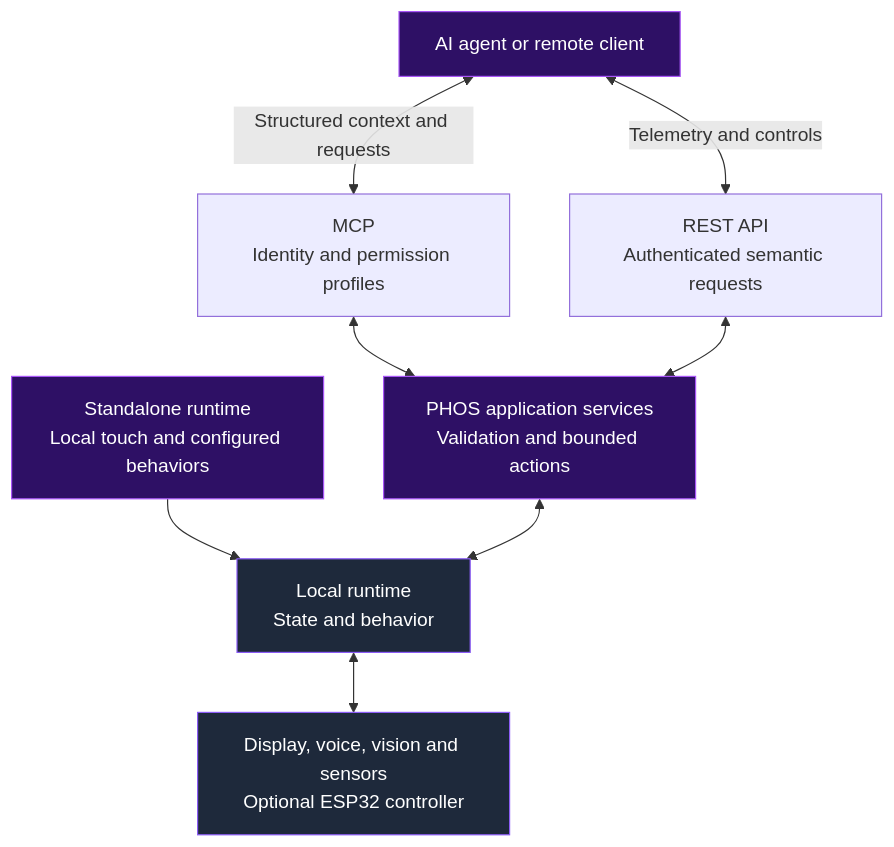
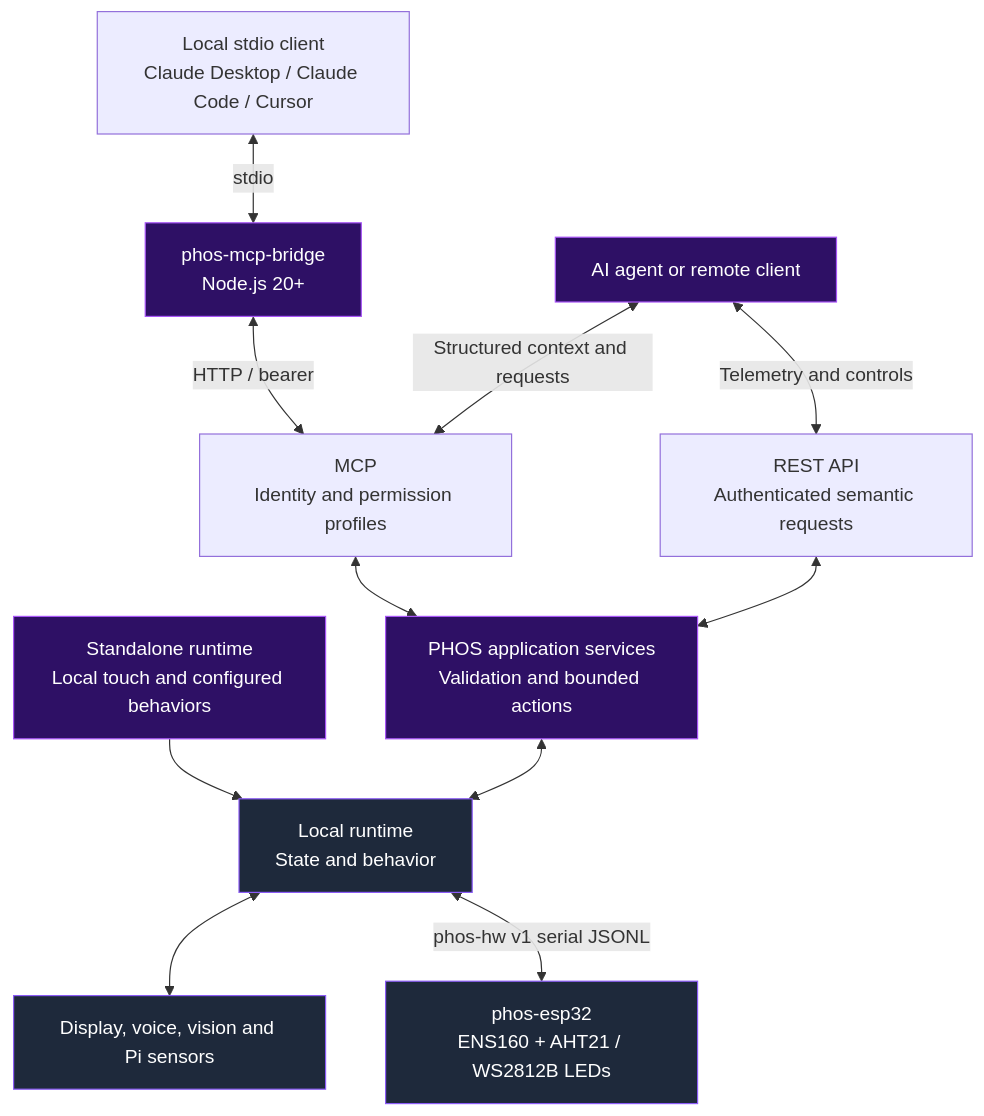
One commit to phosairobot/phos changed the diagram in docs/index.md. Above: the diagram before and after it, drawn with Mermaid. The commit also changed other lines of this file and 5 other files, not shown here.

Commit message:
docs: integrate phos-mcp-bridge and phos-esp32 into ecosystem architecture and docs

````diff
--- a/docs/index.md
+++ b/docs/index.md
@@ -32,22 +32,30 @@
 ```mermaid
 flowchart TD
     standalone["Standalone runtime<br/>Local touch and configured behaviors"]
     agent["AI agent or remote client"]
+    local["Local stdio client<br/>Claude Desktop / Claude Code / Cursor"]
+    bridge["phos-mcp-bridge<br/>Node.js 20+"]
     mcp["MCP<br/>Identity and permission profiles"]
     rest["REST API<br/>Authenticated semantic requests"]
     services["PHOS application services<br/>Validation and bounded actions"]
     runtime["Local runtime<br/>State and behavior"]
-    hardware["Display, voice, vision and sensors<br/>Optional ESP32 controller"]
+    hardware["Display, voice, vision and Pi sensors"]
+    esp["phos-esp32<br/>ENS160 + AHT21 / WS2812B LEDs"]
     standalone --> runtime
+    local <-->|stdio| bridge
+    bridge <-->|HTTP / bearer| mcp
     agent <-->|Structured context and requests| mcp
     agent <-->|Telemetry and controls| rest
     mcp <--> services
     rest <--> services
     services <--> runtime
     runtime <--> hardware
+    runtime <-->|phos-hw v1 serial JSONL| esp
     style standalone fill:#2e1065,stroke:#a855f7,color:#fff
     style agent fill:#2e1065,stroke:#a855f7,color:#fff
+    style bridge fill:#2e1065,stroke:#a855f7,color:#fff
     style services fill:#2e1065,stroke:#a855f7,color:#fff
     style runtime fill:#1e293b,stroke:#8b5cf6,color:#fff
     style hardware fill:#1e293b,stroke:#8b5cf6,color:#fff
+    style esp fill:#1e293b,stroke:#8b5cf6,color:#fff
 ```
````
